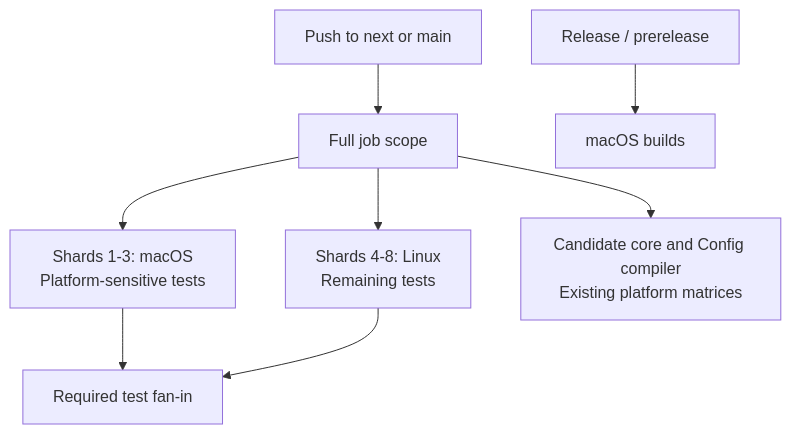
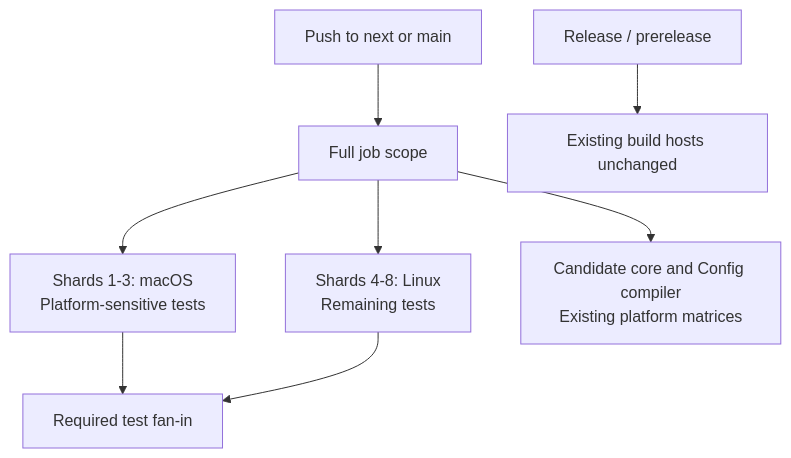
The diagram in docs/diagrams/push-ci-shards.mmd (hack-dance/hack), drawn with Mermaid before and after one commit. The commit also changed 4 other files, not shown here.

Commit message:
docs(ci): clarify pooled coverage and unchanged release hosts

```diff
--- a/docs/diagrams/push-ci-shards.mmd
+++ b/docs/diagrams/push-ci-shards.mmd
@@ -1,8 +1,8 @@
 flowchart TD
   P["Push to next or main"] --> F["Full job scope"]
   F --> M["Shards 1-3: macOS<br/>Platform-sensitive tests"]
   F --> L["Shards 4-8: Linux<br/>Remaining tests"]
   M --> T["Required test fan-in"]
   L --> T
   F --> C["Candidate core and Config compiler<br/>Existing platform matrices"]
-  R["Release / prerelease"] --> B["macOS builds"]
+  R["Release / prerelease"] --> B["Existing build hosts unchanged"]
```
